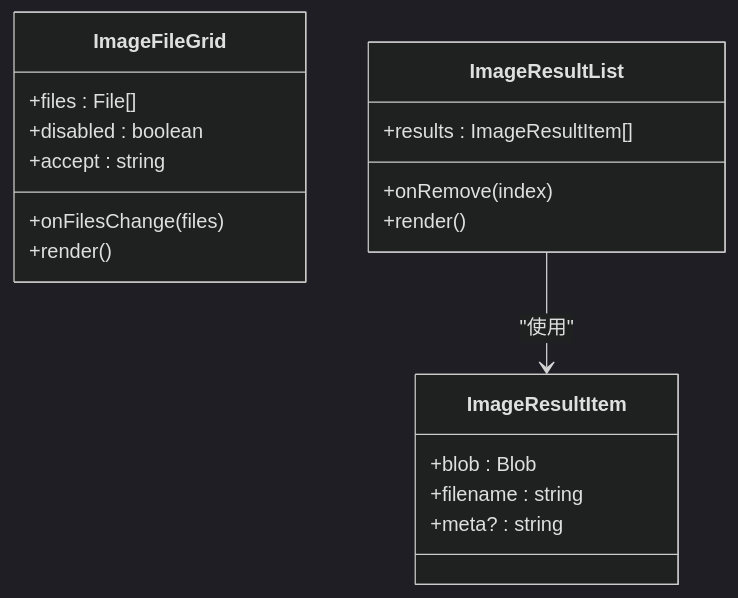
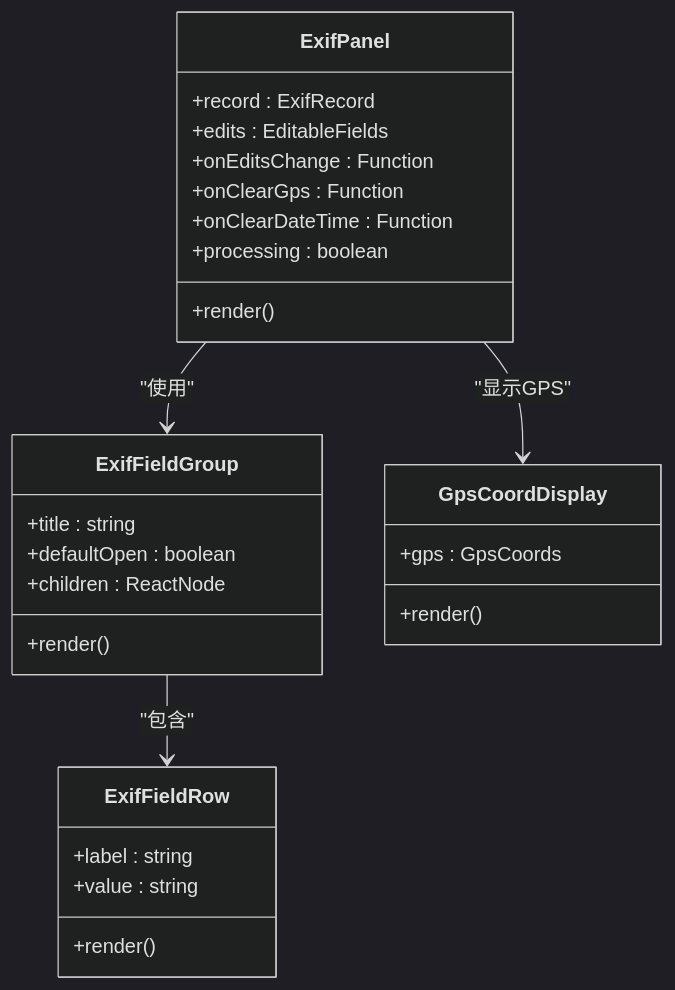
One commit to sgyy/privadeck changed the fourth of 6 diagrams in .qoder/repowiki/zh/content/图像工具/EXIF管理.md. Above: the diagram before and after it, drawn with Mermaid (dark theme). The commit also changed other lines of this file and 3 other files, not shown here.

````diff
--- a/.qoder/repowiki/zh/content/图像工具/EXIF管理.md
+++ b/.qoder/repowiki/zh/content/图像工具/EXIF管理.md
@@ -192,21 +242,30 @@
 ```mermaid
 classDiagram
-class ImageFileGrid {
-+files : File[]
-+onFilesChange(files)
-+disabled : boolean
-+accept : string
+class ExifPanel {
++record : ExifRecord
++edits : EditableFields
++onEditsChange : Function
++onClearGps : Function
++onClearDateTime : Function
++processing : boolean
 +render()
 }
-class ImageResultList {
-+results : ImageResultItem[]
-+onRemove(index)
+class ExifFieldGroup {
++title : string
++defaultOpen : boolean
++children : ReactNode
 +render()
 }
-class ImageResultItem {
-+blob : Blob
-+filename : string
-+meta? : string
+class ExifFieldRow {
++label : string
++value : string
++render()
 }
-ImageResultList --> ImageResultItem : "使用"
+class GpsCoordDisplay {
++gps : GpsCoords
++render()
+}
+ExifPanel --> ExifFieldGroup : "使用"
+ExifFieldGroup --> ExifFieldRow : "包含"
+ExifPanel --> GpsCoordDisplay : "显示GPS"
 ```
````
